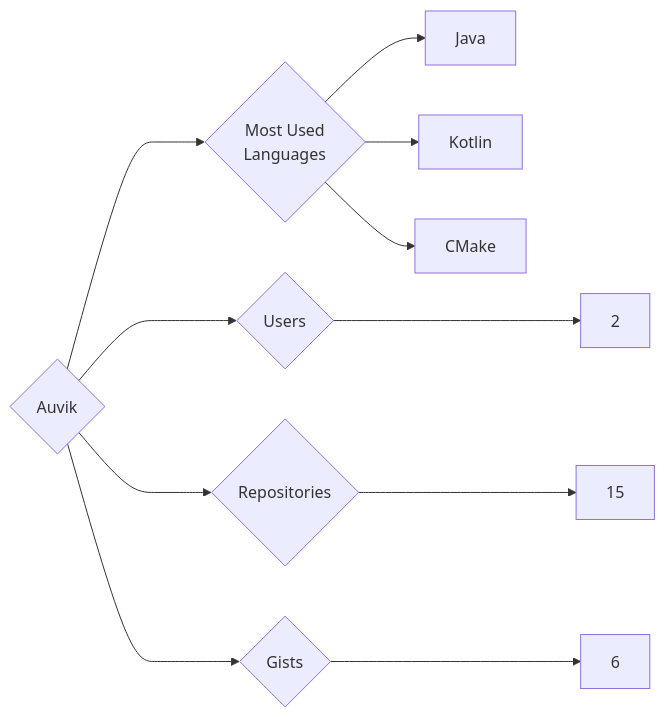
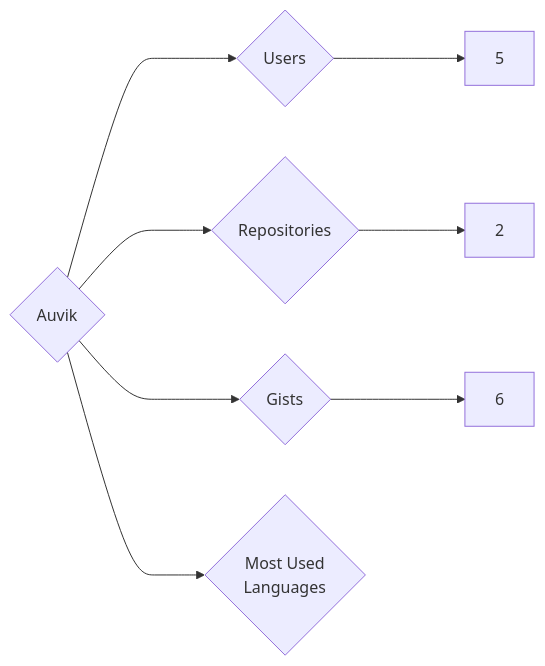
Before and after one commit to trickest/insiders: the diagram in targets/Auvik/README.md, drawn with Mermaid. The commit also changed 1314 other files, not shown here.

````diff
--- a/targets/Auvik/README.md
+++ b/targets/Auvik/README.md
@@ -3,11 +3,8 @@
 ```mermaid
 graph LR
 COMPANY_NAME{Auvik}
-COMPANY_NAME ---> U{Users} ---> UN[2]
-COMPANY_NAME ---> R{Repositories} ---> RN[15]
+COMPANY_NAME ---> U{Users} ---> UN[5]
+COMPANY_NAME ---> R{Repositories} ---> RN[2]
 COMPANY_NAME ---> G{Gists} ---> GN[6]
 COMPANY_NAME ---> ML{Most Used<br>Languages}
-ML --> Java[Java]
-ML --> Kotlin[Kotlin]
-ML --> CMake[CMake]
 ```
````
